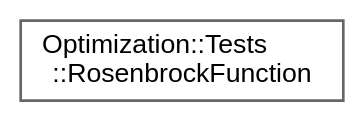
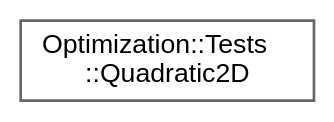
One commit to jswoo0615/Algorithms_for_Optimization_cpp changed the diagram in inherit_graph_39.dot. Above: the diagram before and after it, drawn with Graphviz. The commit also changed 41 other files, not shown here.

```diff
--- a/inherit_graph_39.dot
+++ b/inherit_graph_39.dot
@@ -1,9 +1,9 @@
 digraph "Graphical Class Hierarchy"
 {
  // LATEX_PDF_SIZE
   bgcolor="transparent";
   edge [fontname=Helvetica,fontsize=10,labelfontname=Helvetica,labelfontsize=10];
   node [fontname=Helvetica,fontsize=10,shape=box,height=0.2,width=0.4];
   rankdir="LR";
-  Node0 [id="Node000000",label="Optimization::Tests\l::RosenbrockFunction",height=0.2,width=0.4,color="grey40", fillcolor="white", style="filled",URL="$structOptimization_1_1Tests_1_1RosenbrockFunction.html",tooltip=" "];
+  Node0 [id="Node000000",label="Optimization::Tests\l::Quadratic2D",height=0.2,width=0.4,color="grey40", fillcolor="white", style="filled",URL="$structOptimization_1_1Tests_1_1Quadratic2D.html",tooltip=" "];
 }
```
